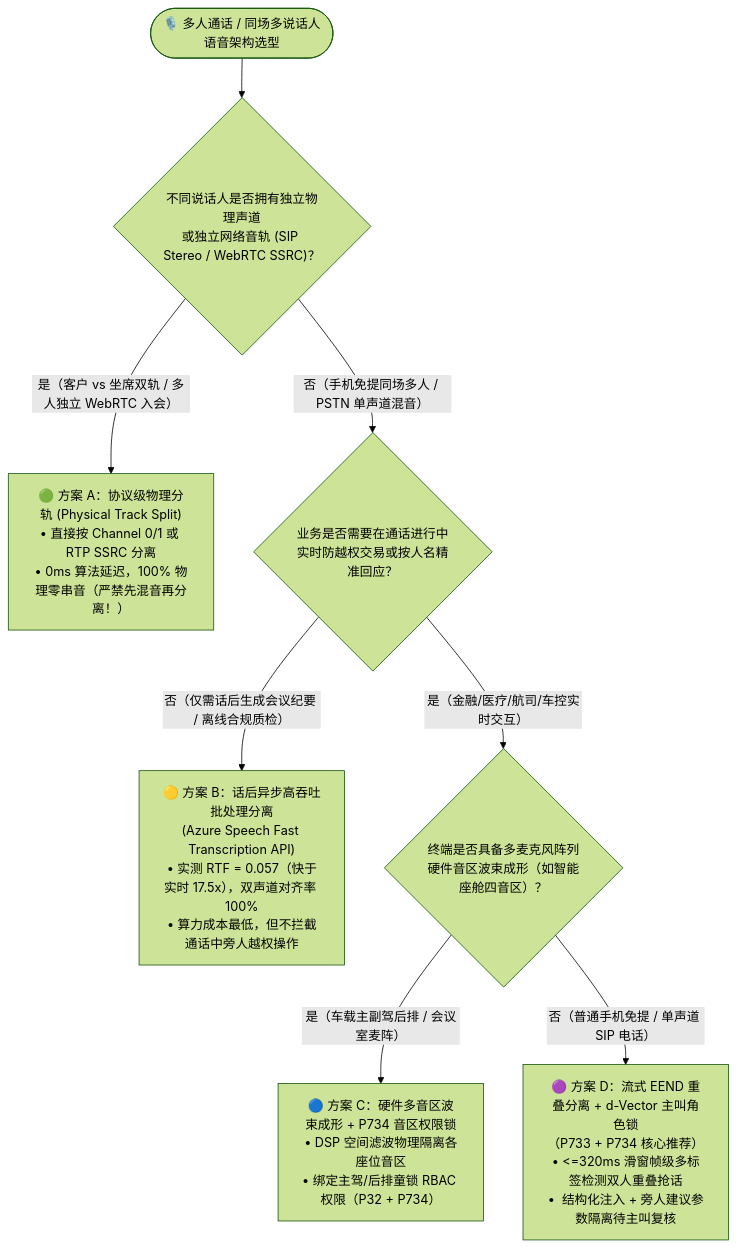
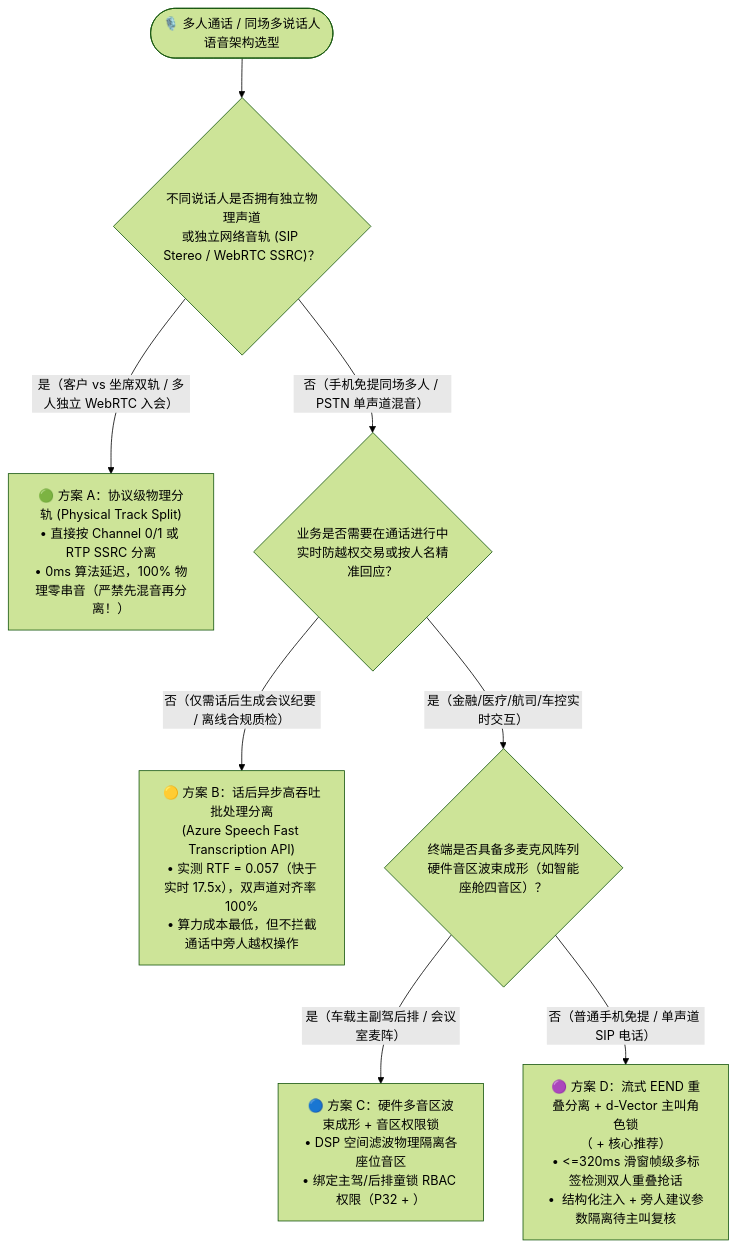
The first of 3 diagrams in docs/voice-multiparty-diarization-role-isolation-faq.md (turbo998/voice-agent-lab), drawn with Mermaid (forest theme) before and after one commit. The commit also changed other lines of this file and 715 other files, not shown here.

````diff
--- a/docs/voice-multiparty-diarization-role-isolation-faq.md
+++ b/docs/voice-multiparty-diarization-role-isolation-faq.md
@@ -85,16 +85,16 @@
 ```mermaid
 flowchart TD
-    Start(["🎙️ 多人通话 / 同场多说话人语音架构选型"]) --> Q1{"不同说话人是否拥有独立物理声道\n或独立网络音轨 (SIP Stereo / WebRTC SSRC)？"}
+ Start(["🎙️ 多人通话 / 同场多说话人语音架构选型"]) --> Q1{"不同说话人是否拥有独立物理声道\n或独立网络音轨 (SIP Stereo / WebRTC SSRC)？"}
 
-    Q1 -- "是（客户 vs 坐席双轨 / 多人独立 WebRTC 入会）" --> PathA["🟢 方案 A：协议级物理分轨 (Physical Track Split)\n• 直接按 Channel 0/1 或 RTP SSRC 分离\n• 0ms 算法延迟，100% 物理零串音（严禁先混音再分离！）"]
+ Q1 -- "是（客户 vs 坐席双轨 / 多人独立 WebRTC 入会）" --> PathA["🟢 方案 A：协议级物理分轨 (Physical Track Split)\n• 直接按 Channel 0/1 或 RTP SSRC 分离\n• 0ms 算法延迟，100% 物理零串音（严禁先混音再分离！）"]
 
-    Q1 -- "否（手机免提同场多人 / PSTN 单声道混音）" --> Q2{"业务是否需要在通话进行中\n实时防越权交易或按人名精准回应？"}
+ Q1 -- "否（手机免提同场多人 / PSTN 单声道混音）" --> Q2{"业务是否需要在通话进行中\n实时防越权交易或按人名精准回应？"}
 
-    Q2 -- "否（仅需话后生成会议纪要 / 离线合规质检）" --> PathB["🟡 方案 B：话后异步高吞吐批处理分离\n(Azure Speech Fast Transcription API)\n• 实测 RTF = 0.057（快于实时 17.5x），双声道对齐率 100%\n• 算力成本最低，但不拦截通话中旁人越权操作"]
+ Q2 -- "否（仅需话后生成会议纪要 / 离线合规质检）" --> PathB["🟡 方案 B：话后异步高吞吐批处理分离\n(Azure Speech Fast Transcription API)\n• 实测 RTF = 0.057（快于实时 17.5x），双声道对齐率 100%\n• 算力成本最低，但不拦截通话中旁人越权操作"]
 
-    Q2 -- "是（金融/医疗/航司/车控实时交互）" --> Q3{"终端是否具备多麦克风阵列\n硬件音区波束成形（如智能座舱四音区）？"}
+ Q2 -- "是（金融/医疗/航司/车控实时交互）" --> Q3{"终端是否具备多麦克风阵列\n硬件音区波束成形（如智能座舱四音区）？"}
 
-    Q3 -- "是（车载主副驾后排 / 会议室麦阵）" --> PathC["🔵 方案 C：硬件多音区波束成形 + P734 音区权限锁\n• DSP 空间滤波物理隔离各座位音区\n• 绑定主驾/后排童锁 RBAC 权限（P32 + P734）"]
+ Q3 -- "是（车载主副驾后排 / 会议室麦阵）" --> PathC["🔵 方案 C：硬件多音区波束成形 + 音区权限锁\n• DSP 空间滤波物理隔离各座位音区\n• 绑定主驾/后排童锁 RBAC 权限（P32 + ）"]
 
-    Q3 -- "否（普通手机免提 / 单声道 SIP 电话）" --> PathD["🟣 方案 D：流式 EEND 重叠分离 + d-Vector 主叫角色锁\n（P733 + P734 核心推荐）\n• <=320ms 滑窗帧级多标签检测双人重叠抢话\n• <speaker role> 结构化注入 + 旁人建议参数隔离待主叫复核"]
+ Q3 -- "否（普通手机免提 / 单声道 SIP 电话）" --> PathD["🟣 方案 D：流式 EEND 重叠分离 + d-Vector 主叫角色锁\n（ + 核心推荐）\n• <=320ms 滑窗帧级多标签检测双人重叠抢话\n• <speaker role> 结构化注入 + 旁人建议参数隔离待主叫复核"]
 ```
````
